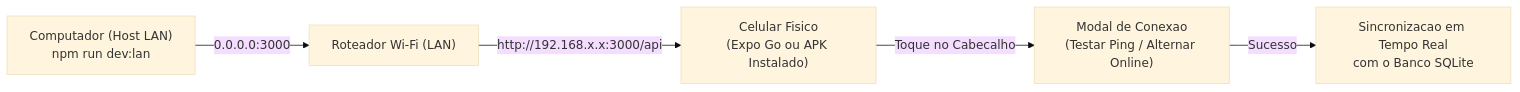
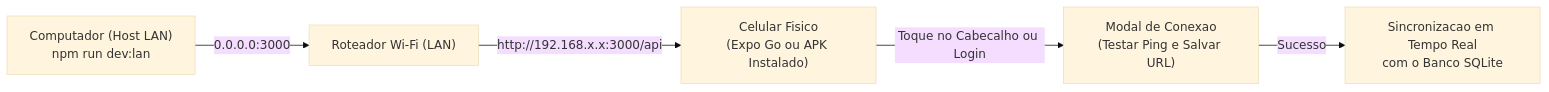
One commit to rodrigosantoscosta/DOMUS changed the diagram in README.md. Above: the diagram before and after it, drawn with Mermaid (base theme). The commit also changed other lines of this file and 25 other files, not shown here.

````diff
--- a/README.md
+++ b/README.md
@@ -361,7 +361,7 @@
 ```mermaid
 flowchart LR
     A["Computador (Host LAN)<br/>npm run dev:lan"] -->|0.0.0.0:3000| B["Roteador Wi-Fi (LAN)"]
     B -->|http://192.168.x.x:3000/api| C["Celular Fisico<br/>(Expo Go ou APK Instalado)"]
-    C -->|Toque no Cabecalho| D["Modal de Conexao<br/>(Testar Ping / Alternar Online)"]
+    C -->|Toque no Cabecalho ou Login| D["Modal de Conexao<br/>(Testar Ping e Salvar URL)"]
     D -->|Sucesso| E["Sincronizacao em Tempo Real<br/>com o Banco SQLite"]
 ```
````
